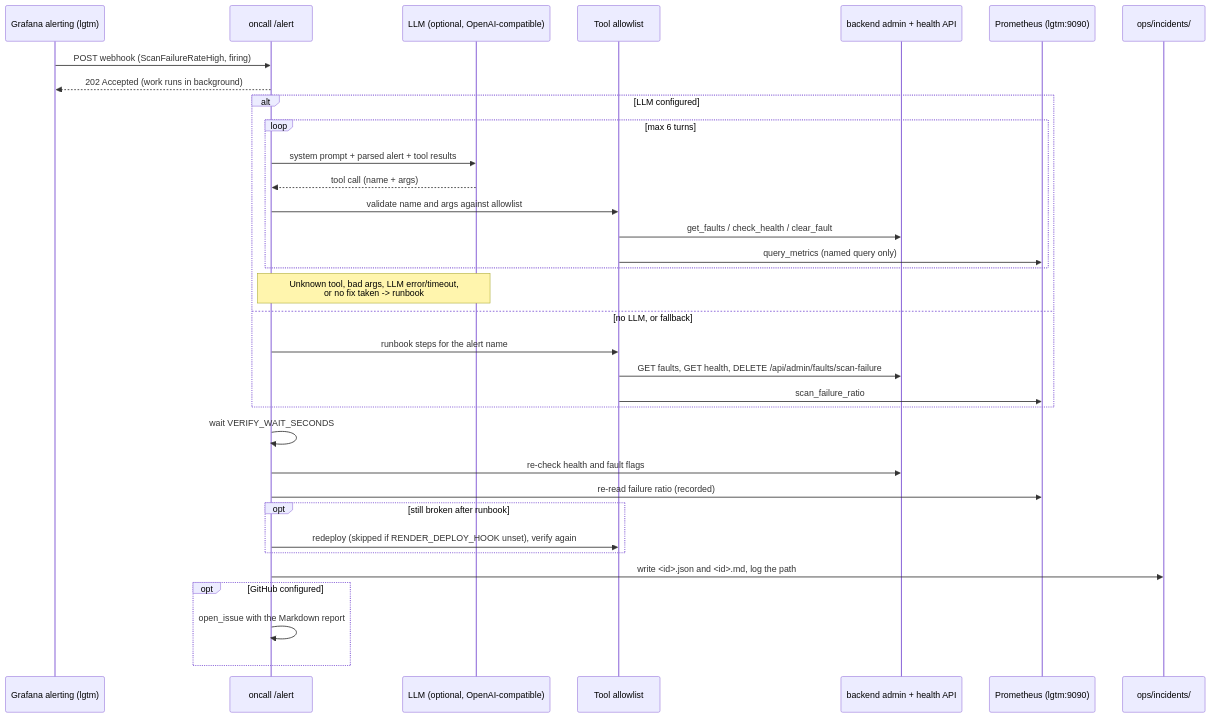
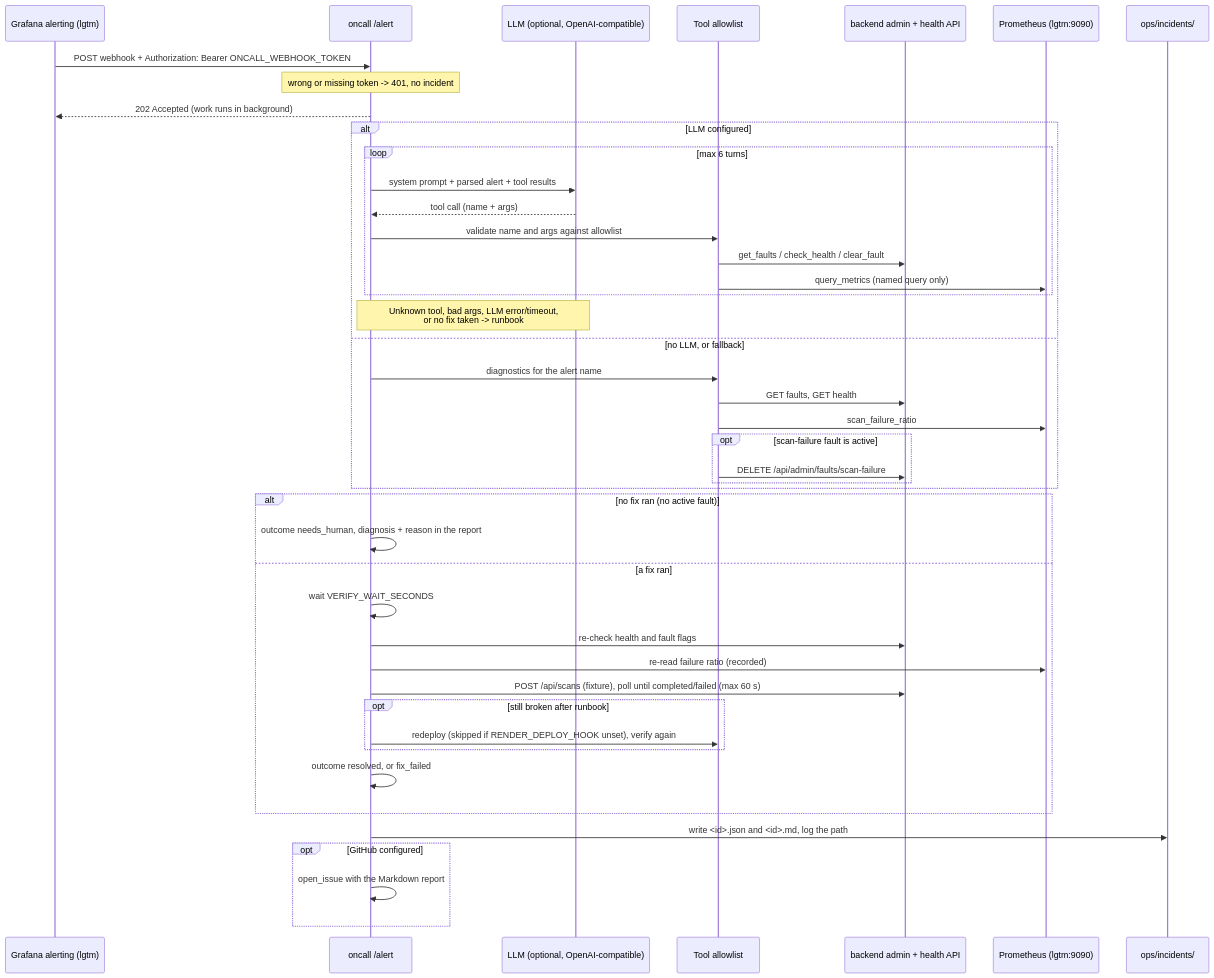
The diagram in docs/oncall-agent.md (cjbischoff/mcp-security-posture-scanner), drawn with Mermaid before and after one commit. The commit also changed other lines of this file and 6 other files, not shown here.

First line of the commit message:
docs(oncall): document active-fault check, verification scan, and webhook token

````diff
--- a/docs/oncall-agent.md
+++ b/docs/oncall-agent.md
@@ -11,37 +13,47 @@
 ```mermaid
 sequenceDiagram
     participant G as Grafana alerting (lgtm)
     participant O as oncall /alert
     participant L as LLM (optional, OpenAI-compatible)
     participant T as Tool allowlist
     participant B as backend admin + health API
     participant P as Prometheus (lgtm:9090)
     participant R as ops/incidents/
 
-    G->>O: POST webhook (ScanFailureRateHigh, firing)
+    G->>O: POST webhook + Authorization: Bearer ONCALL_WEBHOOK_TOKEN
+    Note over O: wrong or missing token -> 401, no incident
     O-->>G: 202 Accepted (work runs in background)
     alt LLM configured
         loop max 6 turns
             O->>L: system prompt + parsed alert + tool results
             L-->>O: tool call (name + args)
             O->>T: validate name and args against allowlist
             T->>B: get_faults / check_health / clear_fault
             T->>P: query_metrics (named query only)
         end
         Note over O,L: Unknown tool, bad args, LLM error/timeout,<br/>or no fix taken -> runbook
     else no LLM, or fallback
-        O->>T: runbook steps for the alert name
-        T->>B: GET faults, GET health, DELETE /api/admin/faults/scan-failure
+        O->>T: diagnostics for the alert name
+        T->>B: GET faults, GET health
         T->>P: scan_failure_ratio
+        opt scan-failure fault is active
+            T->>B: DELETE /api/admin/faults/scan-failure
+        end
     end
-    O->>O: wait VERIFY_WAIT_SECONDS
-    O->>B: re-check health and fault flags
-    O->>P: re-read failure ratio (recorded)
-    opt still broken after runbook
-        O->>T: redeploy (skipped if RENDER_DEPLOY_HOOK unset), verify again
+    alt no fix ran (no active fault)
+        O->>O: outcome needs_human, diagnosis + reason in the report
+    else a fix ran
+        O->>O: wait VERIFY_WAIT_SECONDS
+        O->>B: re-check health and fault flags
+        O->>P: re-read failure ratio (recorded)
+        O->>B: POST /api/scans (fixture), poll until completed/failed (max 60 s)
+        opt still broken after runbook
+            O->>T: redeploy (skipped if RENDER_DEPLOY_HOOK unset), verify again
+        end
+        O->>O: outcome resolved, or fix_failed
     end
     O->>R: write <id>.json and <id>.md, log the path
     opt GitHub configured
         O->>O: open_issue with the Markdown report
     end
 ```
````
